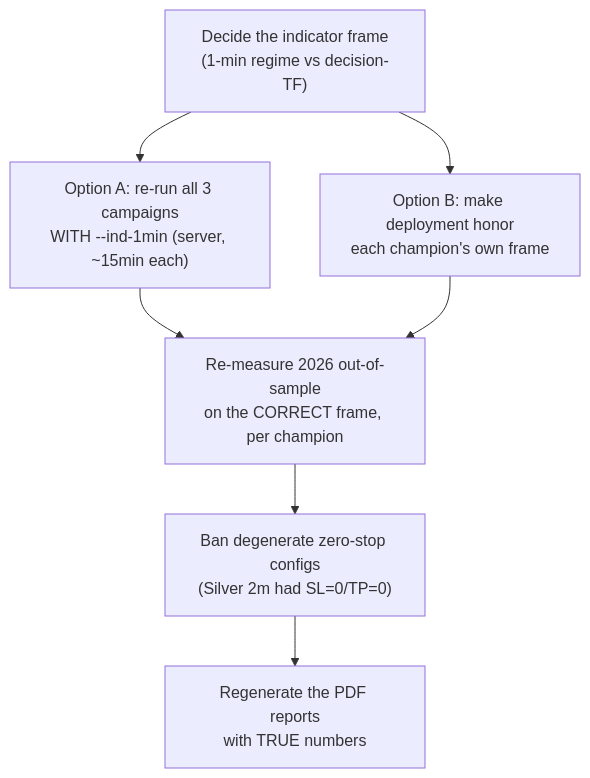
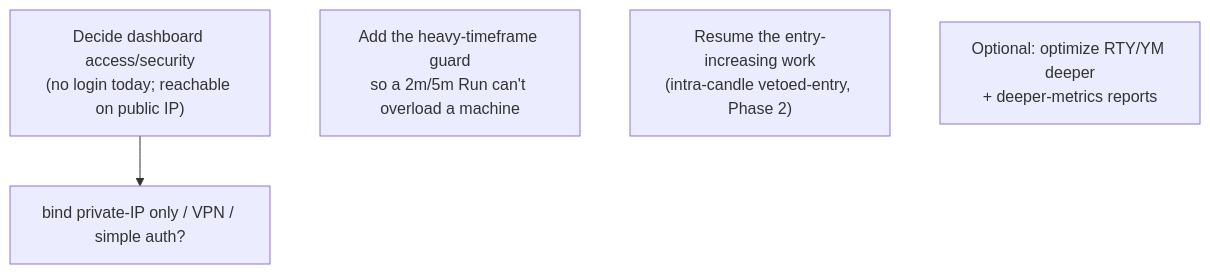
The second of 2 diagrams in subprojects/Parametric-Indicators/DAILY_REPORTS.md (mulhamfetna/trading-strategy-finder), drawn with Mermaid before and after one commit. The commit also changed other lines of this file and 2 other files, not shown here.

First line of the commit message:
docs(dashboard): shared-service control script + user guide; daily report 2026-07-07

````diff
--- a/subprojects/Parametric-Indicators/DAILY_REPORTS.md
+++ b/subprojects/Parametric-Indicators/DAILY_REPORTS.md
@@ -47,9 +61,7 @@
 ```mermaid
 flowchart TD
-    S["Decide the indicator frame<br/>(1-min regime vs decision-TF)"] --> A["Option A: re-run all 3 campaigns<br/>WITH --ind-1min (server, ~15min each)"]
-    S --> B["Option B: make deployment honor<br/>each champion's own frame"]
-    A --> V["Re-measure 2026 out-of-sample<br/>on the CORRECT frame, per champion"]
-    B --> V
-    V --> Z["Ban degenerate zero-stop configs<br/>(Silver 2m had SL=0/TP=0)"]
-    Z --> R["Regenerate the PDF reports<br/>with TRUE numbers"]
+    A["Decide dashboard access/security<br/>(no login today; reachable on public IP)"] --> A1["bind private-IP only / VPN / simple auth?"]
+    B["Add the heavy-timeframe guard<br/>so a 2m/5m Run can't overload a machine"]
+    C["Resume the entry-increasing work<br/>(intra-candle vetoed-entry, Phase 2)"]
+    D["Optional: optimize RTY/YM deeper<br/>+ deeper-metrics reports"]
 ```
````
